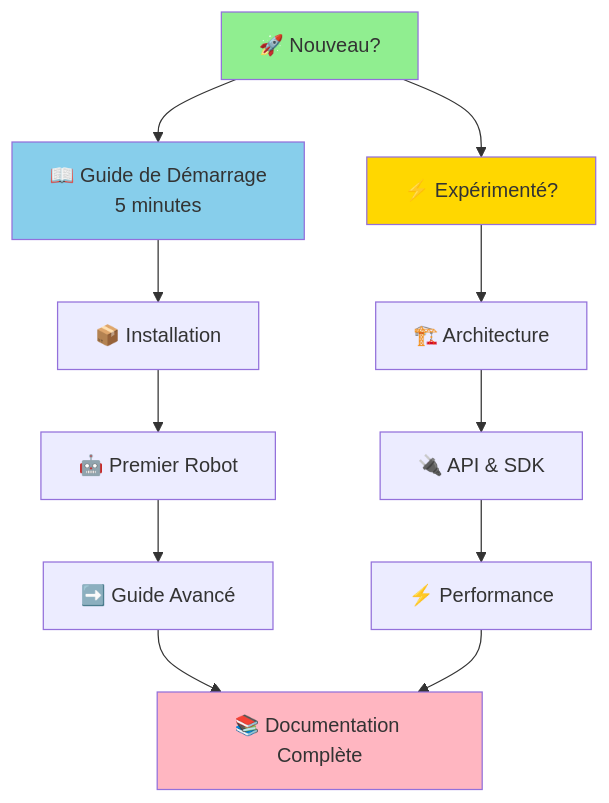
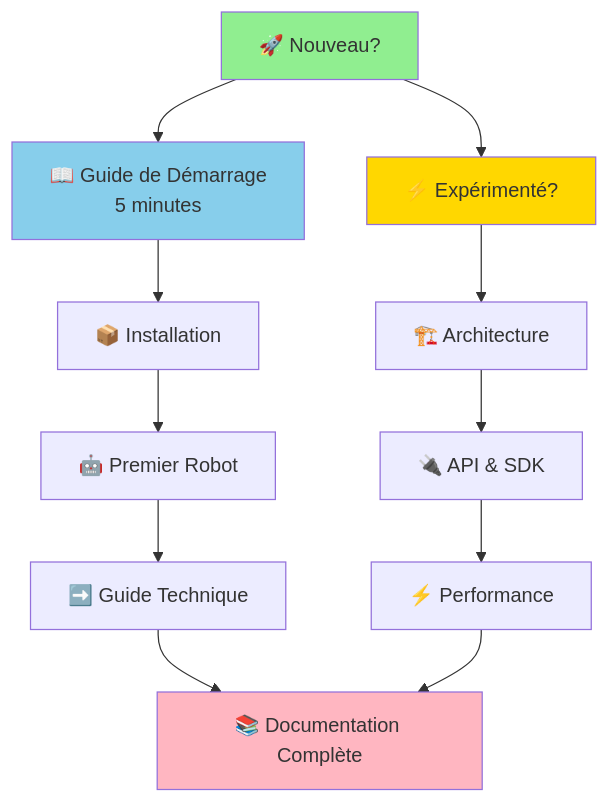
Before and after one commit to arkalia-luna-system/bbia-sim: the diagram in docs/README.md, drawn with Mermaid. The commit also changed other lines of this file and 9 other files, not shown here.

Commit message:
Nettoyage documentation: correction fichiers supplémentaires (Guide Avancé, Configuration avancée, etc.)

````diff
--- a/docs/README.md
+++ b/docs/README.md
@@ -19,22 +19,22 @@
 ```mermaid
 flowchart TB
     START[🚀 Nouveau?] --> DEBUT[📖 Guide de Démarrage<br/>5 minutes]
     START --> AVANCE[⚡ Expérimenté?]
 
     DEBUT --> INSTALL[📦 Installation]
     INSTALL --> FIRST[🤖 Premier Robot]
-    FIRST --> GUIDE[➡️ Guide Avancé]
+    FIRST --> GUIDE[➡️ Guide Technique]
 
     AVANCE --> ARCH[🏗️ Architecture]
     ARCH --> API[🔌 API & SDK]
     API --> PERF[⚡ Performance]
 
     GUIDE --> NEXT[📚 Documentation Complète]
     PERF --> NEXT
 
     style START fill:#90EE90
     style DEBUT fill:#87CEEB
     style AVANCE fill:#FFD700
     style NEXT fill:#FFB6C1
 
 ```
````
